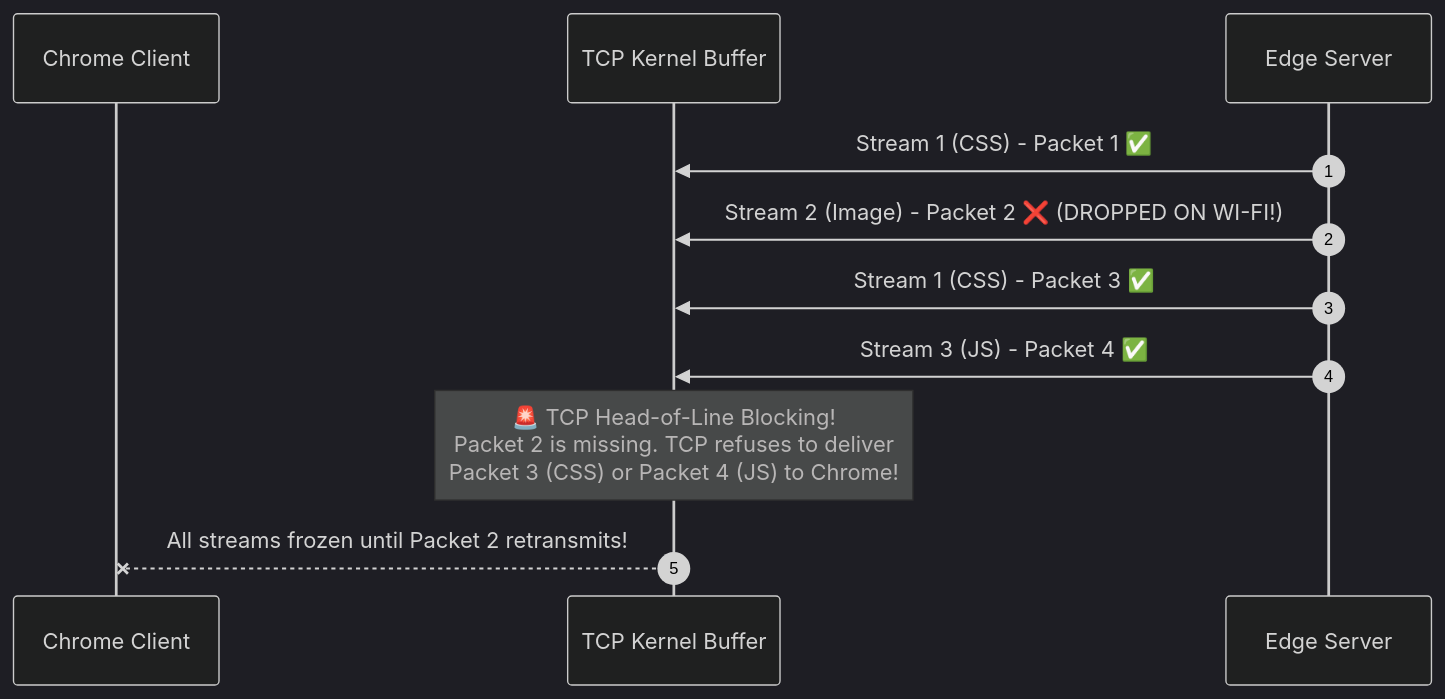
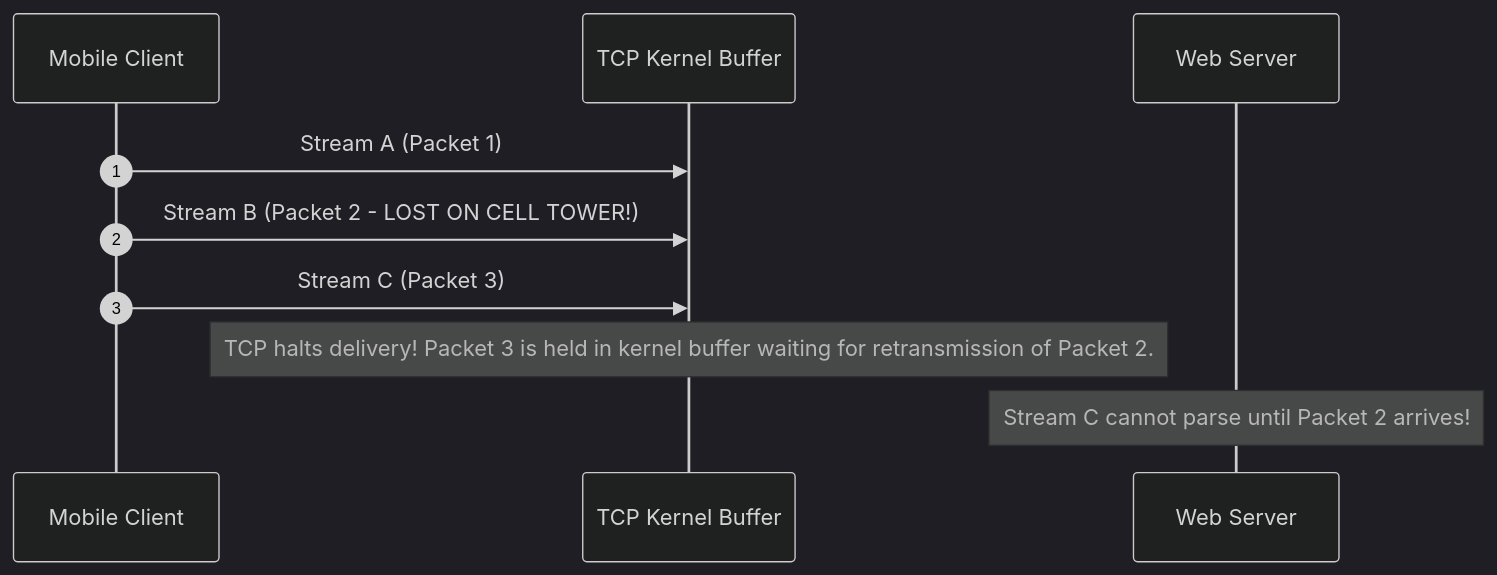
One commit to naimurhasan/naimurhasan.github.io changed the second of 3 diagrams in _posts/2026-09-14-http3-explained-why-the-internet-moved-to-quic.md. Above: the diagram before and after it, drawn with Mermaid (dark theme). The commit also changed other lines of this file and 23 other files, not shown here.

````diff
--- a/_posts/2026-09-14-http3-explained-why-the-internet-moved-to-quic.md
+++ b/_posts/2026-09-14-http3-explained-why-the-internet-moved-to-quic.md
@@ -122,15 +56,13 @@
 ```mermaid
 sequenceDiagram
   autonumber
-  participant Browser as Chrome Client
+  participant Client as Mobile Client
   participant Kernel as TCP Kernel Buffer
-  participant Server as Edge Server
+  participant Server as Web Server
 
-  Server->>Kernel: Stream 1 (CSS) - Packet 1 ✅
-  Server->>Kernel: Stream 2 (Image) - Packet 2 ❌ (DROPPED ON WI-FI!)
-  Server->>Kernel: Stream 1 (CSS) - Packet 3 ✅
-  Server->>Kernel: Stream 3 (JS) - Packet 4 ✅
-
-  Note over Kernel: 🚨 TCP Head-of-Line Blocking!<br/>Packet 2 is missing. TCP refuses to deliver<br/>Packet 3 (CSS) or Packet 4 (JS) to Chrome!
-  Kernel--xBrowser: All streams frozen until Packet 2 retransmits!
+  Client->>Kernel: Stream A (Packet 1)
+  Client->>Kernel: Stream B (Packet 2 - LOST ON CELL TOWER!)
+  Client->>Kernel: Stream C (Packet 3)
+  Note over Kernel: TCP halts delivery! Packet 3 is held in kernel buffer waiting for retransmission of Packet 2.
+  Note over Server: Stream C cannot parse until Packet 2 arrives!
 ```
````
